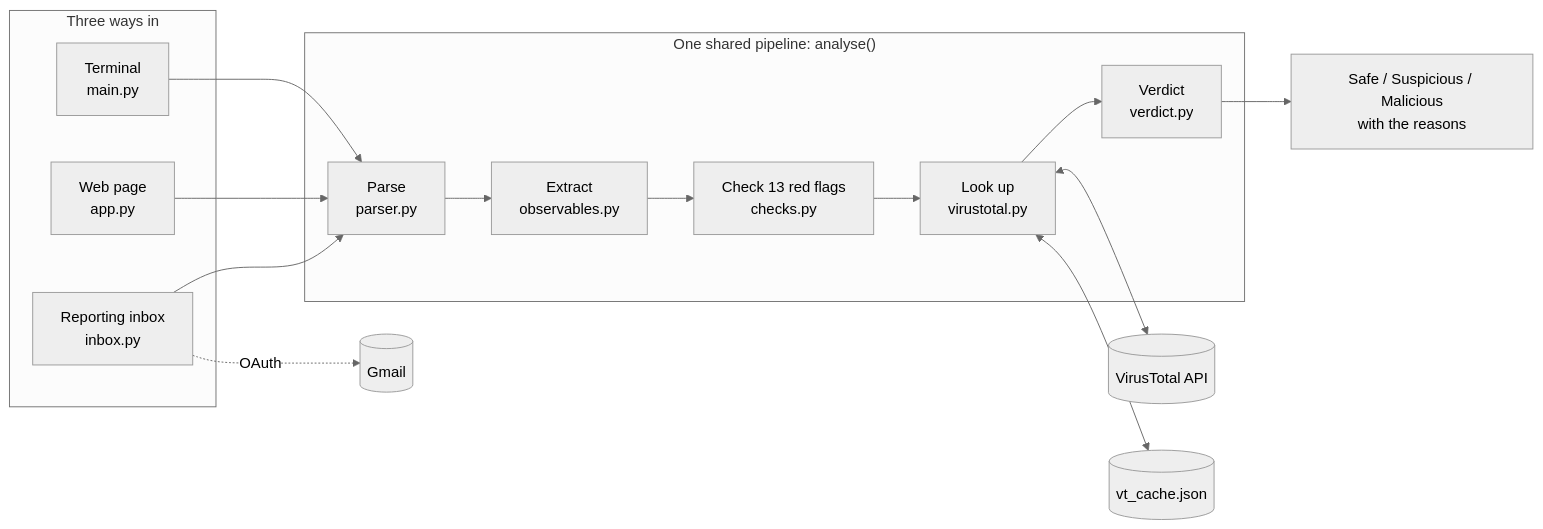
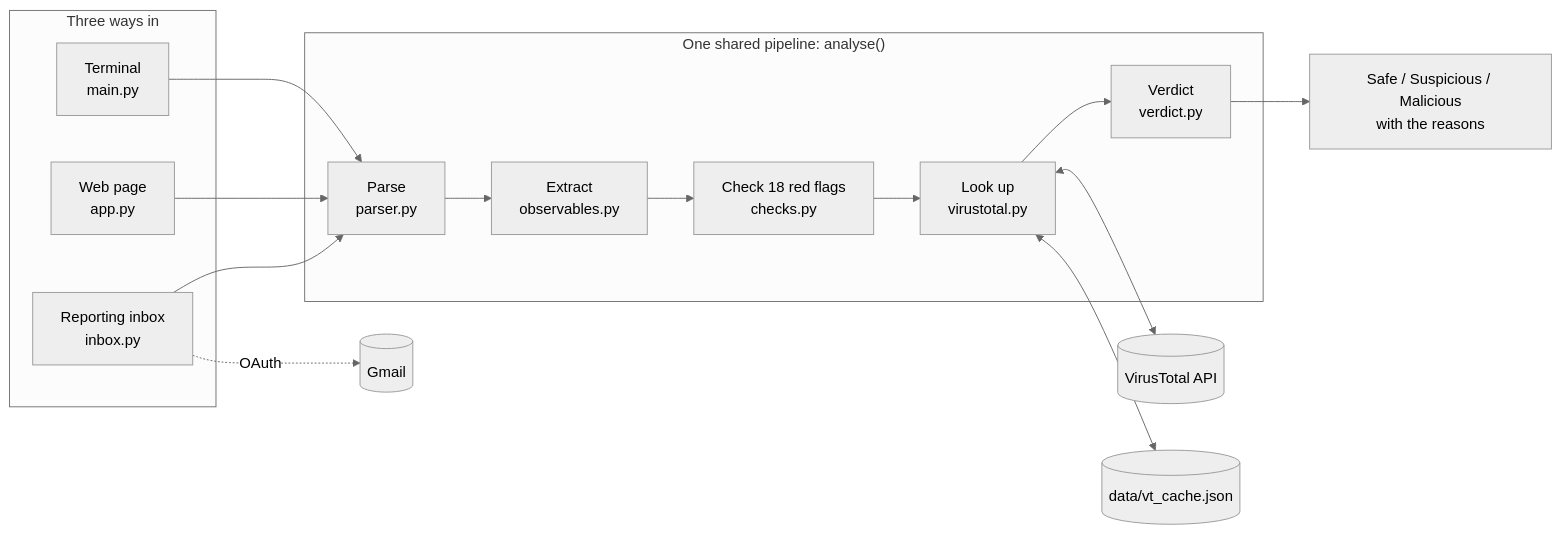
The diagram in README.md (Valorz1/hookline), drawn with Mermaid (neutral theme) before and after one commit. The commit also changed other lines of this file and 40 other files, not shown here.

````diff
--- a/README.md
+++ b/README.md
@@ -19,25 +19,25 @@
 ```mermaid
 flowchart LR
     subgraph In["Three ways in"]
         CLI["Terminal<br/>main.py"]
         WEB["Web page<br/>app.py"]
         INBOX["Reporting inbox<br/>inbox.py"]
     end
 
     subgraph Engine["One shared pipeline: analyse()"]
         P["Parse<br/>parser.py"] --> O["Extract<br/>observables.py"]
-        O --> C["Check 13 red flags<br/>checks.py"]
+        O --> C["Check 18 red flags<br/>checks.py"]
         C --> V["Look up<br/>virustotal.py"]
         V --> D["Verdict<br/>verdict.py"]
     end
 
     CLI --> P
     WEB --> P
     INBOX --> P
 
     V <--> VT[("VirusTotal API")]
-    V <--> CACHE[("vt_cache.json")]
+    V <--> CACHE[("data/vt_cache.json")]
     INBOX -. OAuth .-> GMAIL[("Gmail")]
 
     D --> OUT["Safe / Suspicious / Malicious<br/>with the reasons"]
 ```
````
